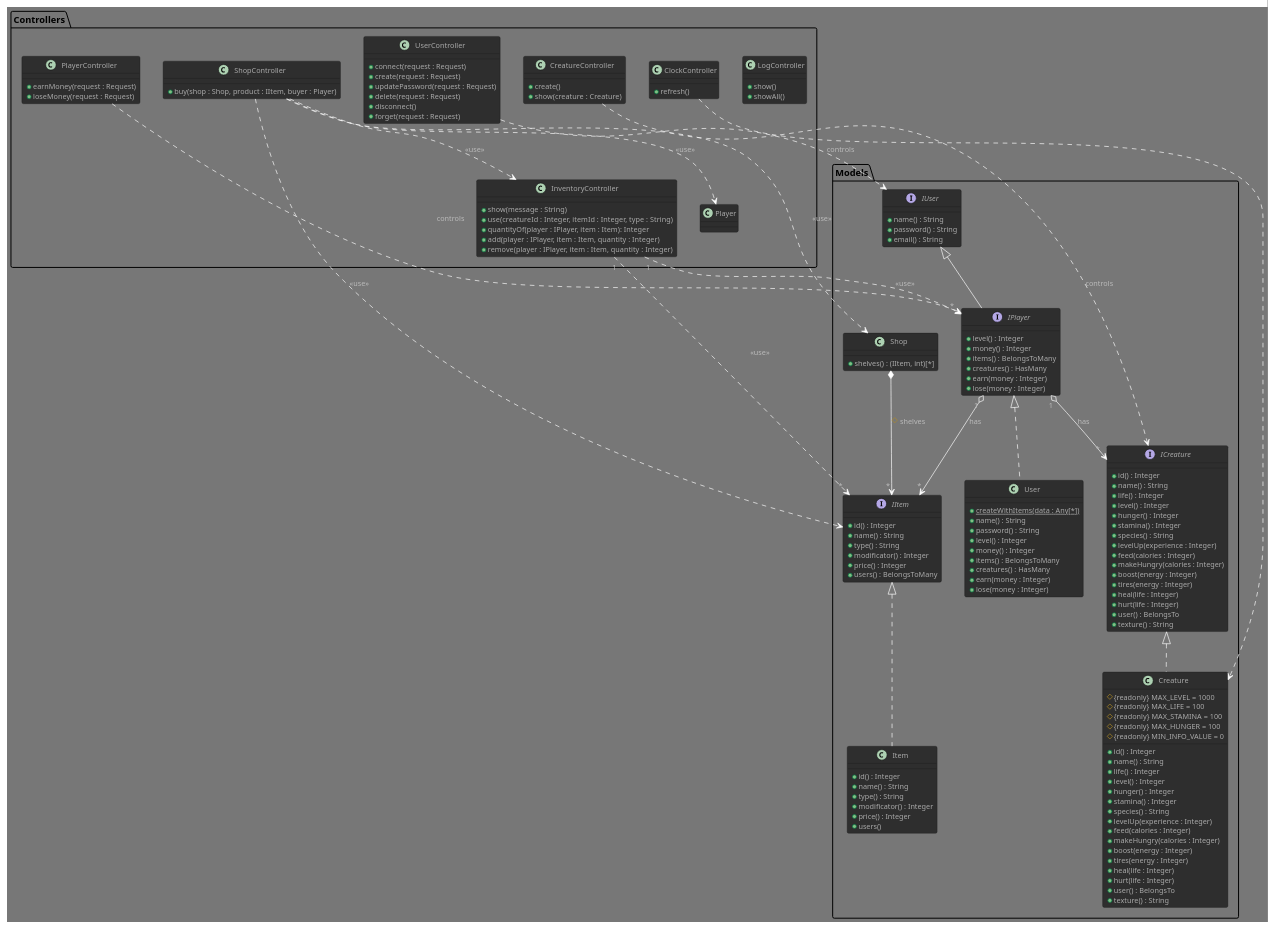
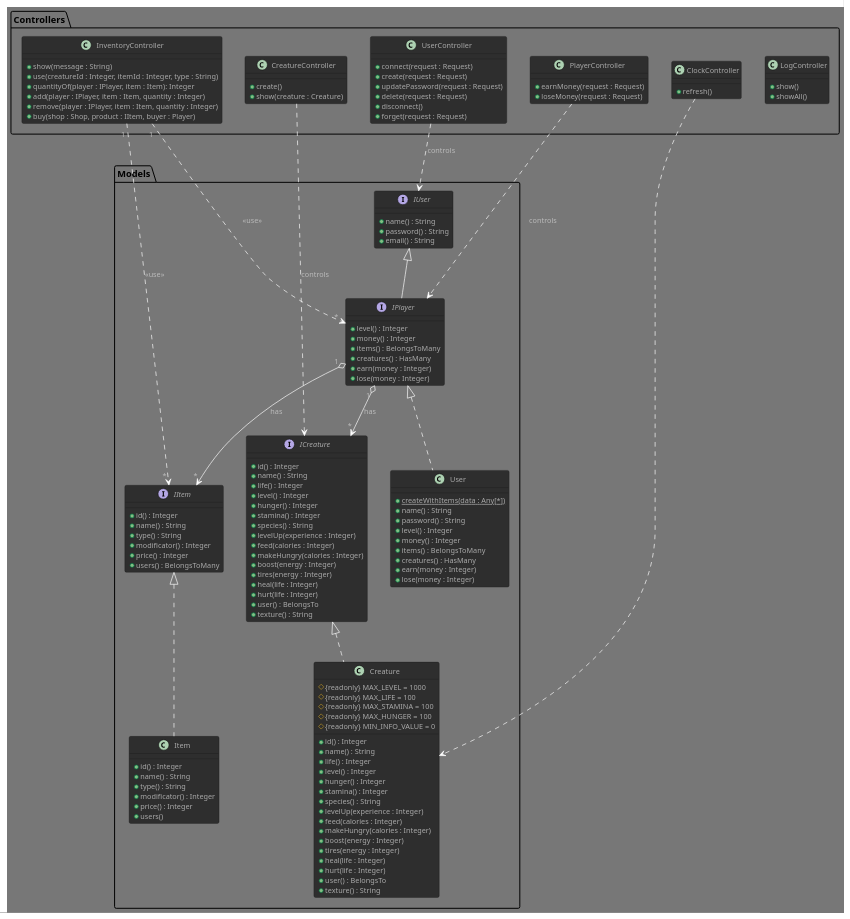
One commit to GlazKrovi/VirtualNoe changed the diagram in VirtualNoe.puml. Above: the diagram before and after it, drawn with PlantUML. The commit also changed 3 other files, not shown here.

```diff
--- a/VirtualNoe.puml
+++ b/VirtualNoe.puml
@@ -1,164 +1,152 @@
 @startuml VirtualNoe
 
 !theme reddress-darkgreen
 
 package Models
 {
     interface IUser {
         + name() : String
         + password() : String
         + email() : String
     }
 
     interface IPlayer extends IUser
     {
         + level() : Integer /' sum of his creatures' exp '/
         + money() : Integer
         + items() : BelongsToMany
         + creatures() : HasMany
         + earn(money : Integer)
         + lose(money : Integer)
     }
     IPlayer" 1 " o--> " * "IItem : has
     IPlayer" 1 " o--> " * "ICreature : has
 
     class User implements IPlayer
     {
         + {static} createWithItems(data : Any[*])
         + name() : String
         + password() : String
         + level() : Integer
         + money() : Integer
         + items() : BelongsToMany
         + creatures() : HasMany
         + earn(money : Integer)
         + lose(money : Integer)
     }
 
     interface IItem
     {
         + id() : Integer
         + name() : String
         + type() : String
         + modificator() : Integer   
         + price() : Integer
         + users() : BelongsToMany /' get owners '/
     }
 
     class Item implements IItem
     {
         + id() : Integer
         + name() : String
         + type() : String
         + modificator() : Integer   
         + price() : Integer
         + users()
     }
 
     interface ICreature
     {
         + id() : Integer
         + name() : String
         + life() : Integer
         + level() : Integer
         + hunger() : Integer
         + stamina() : Integer
         + species() : String
         + levelUp(experience : Integer)
         + feed(calories : Integer) 
         + makeHungry(calories : Integer) 
         + boost(energy : Integer) 
         + tires(energy : Integer) 
         + heal(life : Integer) 
         + hurt(life : Integer) 
         + user() : BelongsTo
         + texture() : String
     }
 
     class Creature implements ICreature
     {
         # {readonly} MAX_LEVEL = 1000
         # {readonly} MAX_LIFE = 100
         # {readonly} MAX_STAMINA = 100
         # {readonly} MAX_HUNGER = 100
         # {readonly} MIN_INFO_VALUE = 0
         + id() : Integer
         + name() : String
         + life() : Integer
         + level() : Integer
         + hunger() : Integer
         + stamina() : Integer
         + species() : String
         + levelUp(experience : Integer)
         + feed(calories : Integer) 
         + makeHungry(calories : Integer) 
         + boost(energy : Integer) 
         + tires(energy : Integer) 
         + heal(life : Integer) 
         + hurt(life : Integer) 
         + user() : BelongsTo
         + texture() : String
     }
-
-    class Shop {
-        + shelves() : (IItem, int)[*]
-    }
-    Shop *--> " * "IItem : # shelves /' <IItem, int> Item-Price '/
 }
 
 package Controllers
 {
     class LogController
     {
         +  show()
         +  showAll()
     }
 
     class InventoryController   /' use IPlayer '/
     {
         + show(message : String)
         + use(creatureId : Integer, itemId : Integer, type : String)
         + quantityOf(player : IPlayer, item : Item): Integer
         + add(player : IPlayer, item : Item, quantity : Integer)
         + remove(player : IPlayer, item : Item, quantity : Integer)
+        + buy(shop : Shop, product : IItem, buyer : Player)
     }
     InventoryController" 1 " ..> " * "IPlayer : <<use>>
     InventoryController" 1 " ..> " * "IItem : <<use>>
 
     class UserController {
         + connect(request : Request)
         + create(request : Request)
         + updatePassword(request : Request)
         + delete(request : Request)
         + disconnect()
         + forget(request : Request)
     }
     UserController ..> IUser : controls
 
     class PlayerController {
         + earnMoney(request : Request)
         + loseMoney(request : Request)
     }
     PlayerController ..> IPlayer : controls
 
     class CreatureController {
         + create()
         + show(creature : Creature)
     }
     CreatureController ..> ICreature : controls
 
     class ClockController{
         + refresh()
     }
     ClockController ..> Creature
-
-    class ShopController {
-        + buy(shop : Shop, product : IItem, buyer : Player)
-    }
-    ShopController ..> Shop : <<use>>
-    ShopController ..> IItem : <<use>>
-    ShopController ..> Player : <<use>>
-    ShopController ..> InventoryController : <<use>>
 }
 
 @enduml
```
